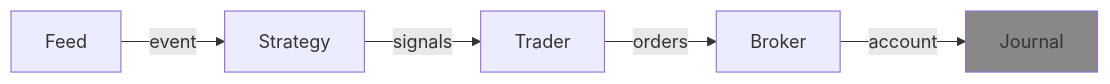
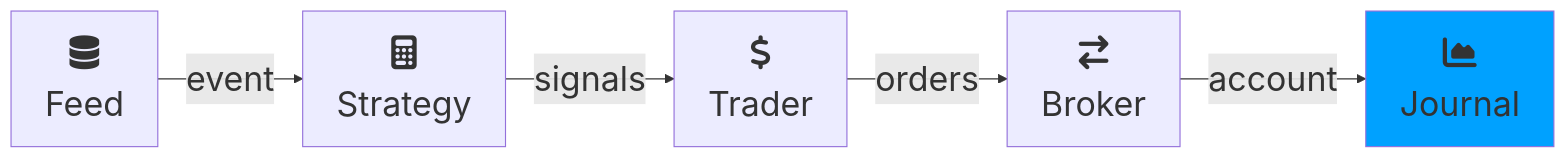
The diagram in docs/core/journal.md (neurallayer/roboquant.py), drawn with Mermaid before and after one commit. The commit also changed other lines of this file and 9 other files, not shown here.

Commit message:
better diagram

````diff
--- a/docs/core/journal.md
+++ b/docs/core/journal.md
@@ -8,13 +8,15 @@
 ```mermaid
+---
+config:
+    themeVariables:
+        fontSize: '30px'
+---
 flowchart LR
- 
-    Feed["Feed"]
-    Strategy["Strategy"]
-    Trader["Trader"]
-    Broker["Broker"]
-    Journal["Journal"]
-    
-    Feed -- event --> Strategy -- signals --> Trader -- orders --> Broker -- account --> Journal 
-
-    style Journal fill:#888
+    Feed["fa:fa-database<br>Feed"]
+    Strategy["fa:fa-calculator<br>Strategy"]
+    Trader["fa:fa-dollar<br>Trader"]
+    Broker["fa:fa-exchange<br>Broker"]
+    Journal["fa:fa-area-chart<br>Journal"]:::active
+    Feed -- event --> Strategy -- signals --> Trader -- orders --> Broker -- account --> Journal
+    classDef active fill:#00A1FF
 ```
````
